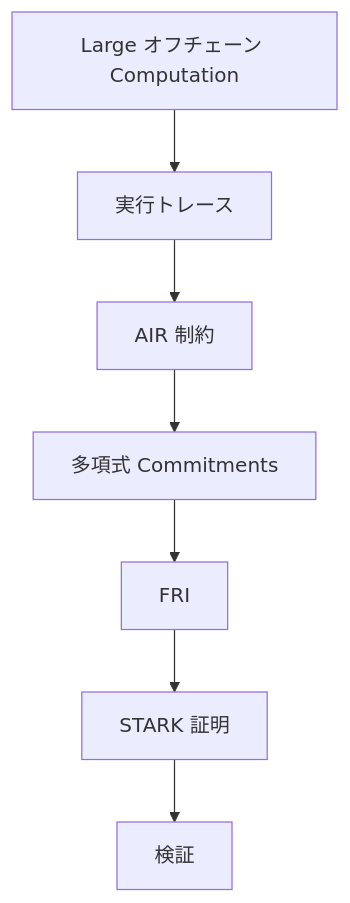
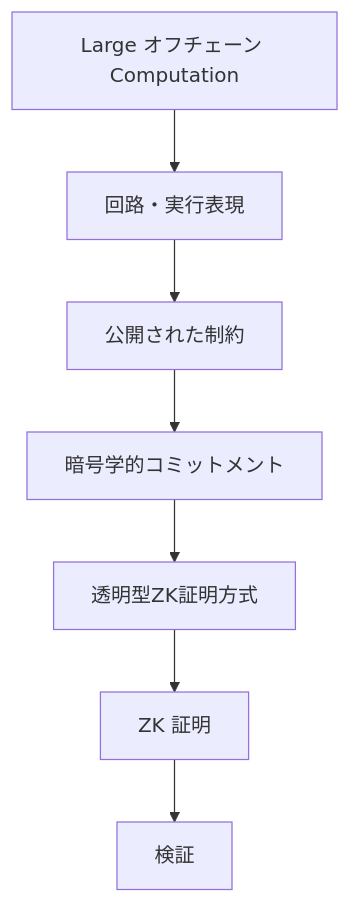
Diagram 11 of 43 in docs/whitepaper/09-technology.md (ShigeichiroYamasaki/creator-first-platform), drawn with Mermaid before and after one commit. The commit also changed other lines of this file and 42 other files, not shown here.

Commit message:
Design production service architecture

````diff
--- a/docs/whitepaper/09-technology.md
+++ b/docs/whitepaper/09-technology.md
@@ -463,17 +457,17 @@
 ```mermaid
 flowchart TD
     COMPUTE[Large オフチェーン Computation]
-    TRACE[実行トレース]
-    AIR[AIR 制約]
-    COMMIT[多項式 Commitments]
-    FRI[FRI]
-    PROOF[STARK 証明]
+    REPRESENT[回路・実行表現]
+    CONSTRAINT[公開された制約]
+    COMMIT[暗号学的コミットメント]
+    BACKEND[透明型ZK証明方式]
+    PROOF[ZK 証明]
     VERIFY[検証]
 
-    COMPUTE --> TRACE
-    TRACE --> AIR
-    AIR --> COMMIT
-    COMMIT --> FRI
-    FRI --> PROOF
+    COMPUTE --> REPRESENT
+    REPRESENT --> CONSTRAINT
+    CONSTRAINT --> COMMIT
+    COMMIT --> BACKEND
+    BACKEND --> PROOF
     PROOF --> VERIFY
 ```
````
